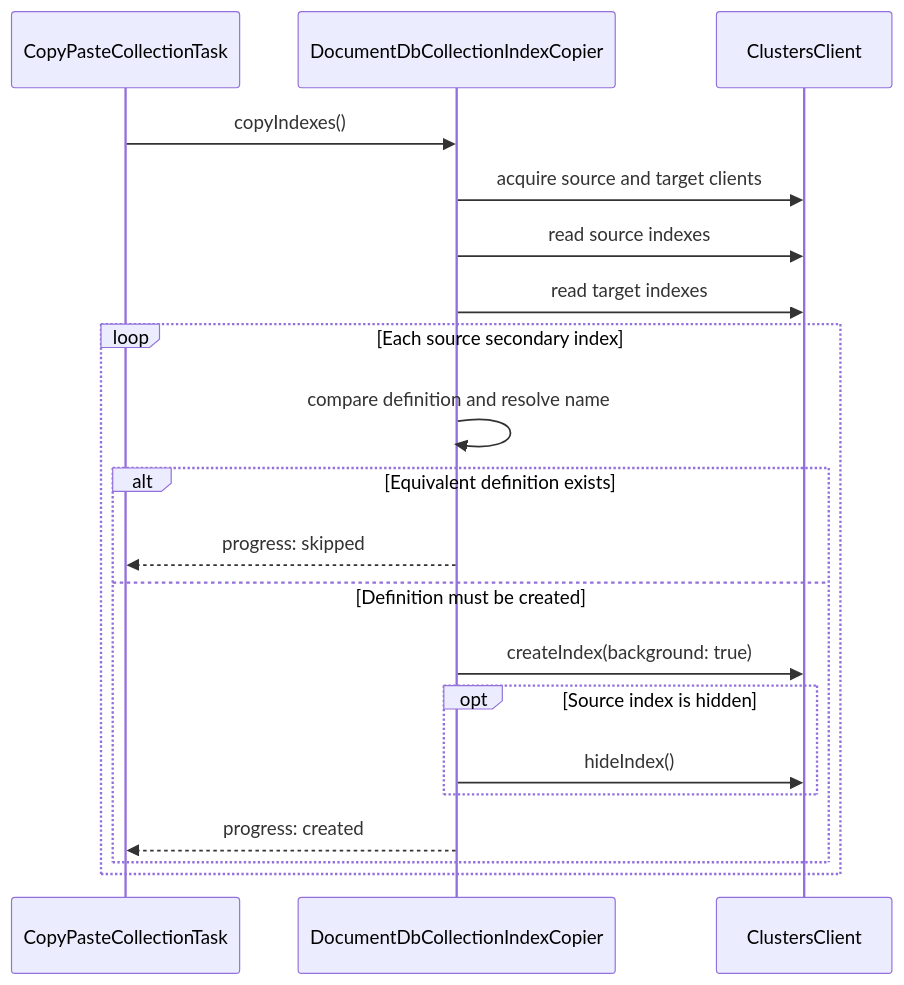
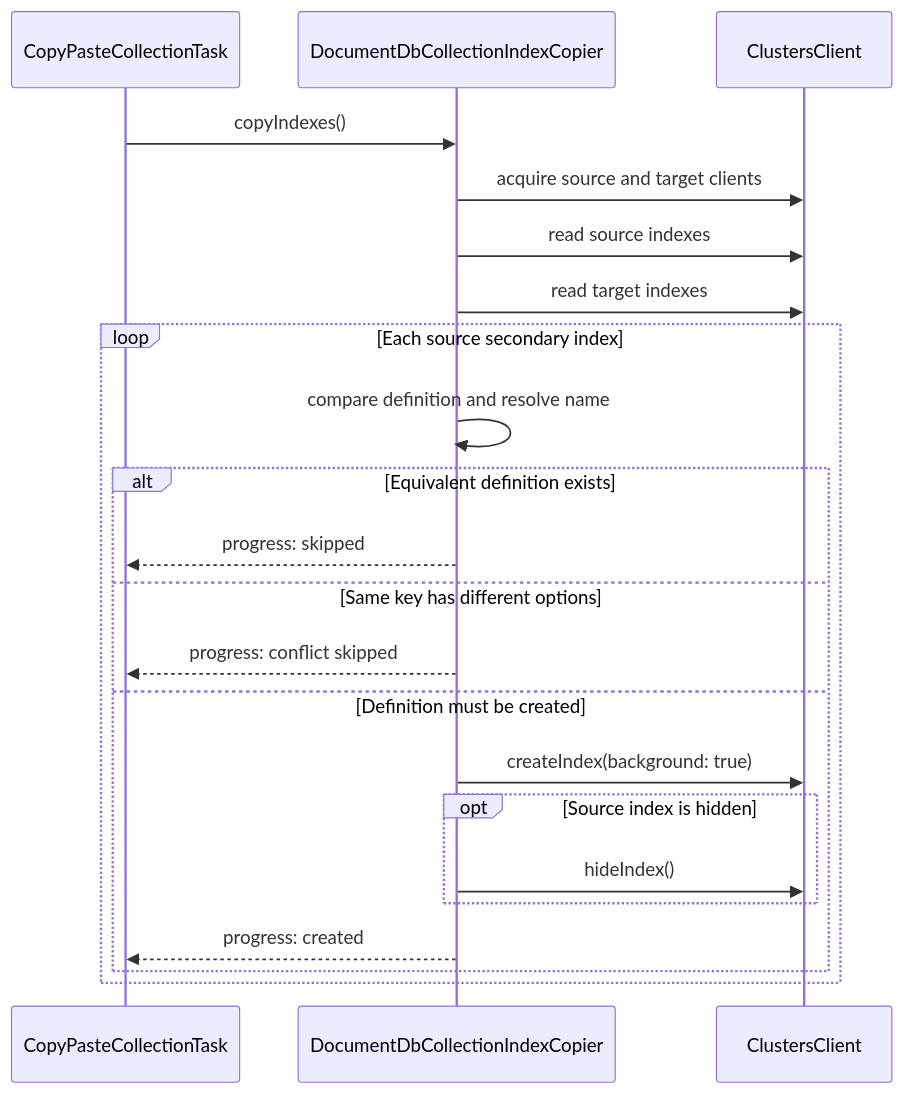
The diagram in src/services/taskService/data-api/indexes/README.md (microsoft/vscode-documentdb), drawn with Mermaid before and after one commit. The commit also changed other lines of this file and 9 other files, not shown here.

Commit message:
fix(indexes): prevent same-key option conflicts

````diff
--- a/src/services/taskService/data-api/indexes/README.md
+++ b/src/services/taskService/data-api/indexes/README.md
@@ -49,23 +51,25 @@
 ```mermaid
 sequenceDiagram
     participant Task as CopyPasteCollectionTask
     participant Copier as DocumentDbCollectionIndexCopier
     participant Client as ClustersClient
 
     Task->>Copier: copyIndexes()
     Copier->>Client: acquire source and target clients
     Copier->>Client: read source indexes
     Copier->>Client: read target indexes
     loop Each source secondary index
         Copier->>Copier: compare definition and resolve name
         alt Equivalent definition exists
             Copier-->>Task: progress: skipped
+        else Same key has different options
+            Copier-->>Task: progress: conflict skipped
         else Definition must be created
             Copier->>Client: createIndex(background: true)
             opt Source index is hidden
                 Copier->>Client: hideIndex()
             end
             Copier-->>Task: progress: created
         end
     end
 ```
````
